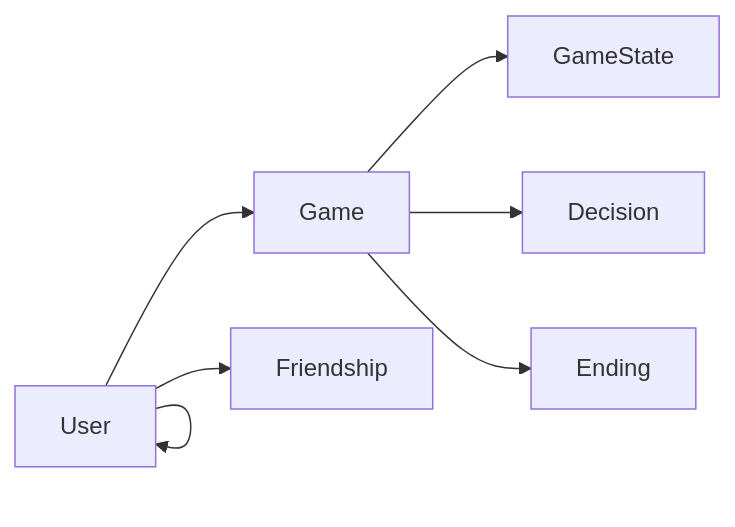
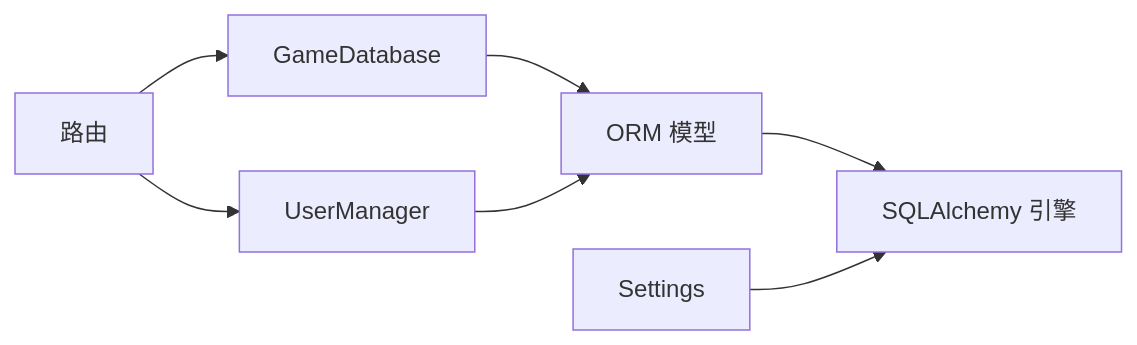
The eighth of 8 diagrams in .qoder/repowiki/zh/content/数据库设计.md (cc-chen-tech/LifeDraft), drawn with Mermaid before and after one commit. The commit also changed other lines of this file and 194 other files, not shown here.

````diff
--- a/.qoder/repowiki/zh/content/数据库设计.md
+++ b/.qoder/repowiki/zh/content/数据库设计.md
@@ -267,9 +488,9 @@
 ```mermaid
 graph LR
-User["User"] --> Game["Game"]
-Game --> GameState["GameState"]
-Game --> Decision["Decision"]
-Game --> Ending["Ending"]
-User --> Friendship["Friendship"]
-User --> User
+API["路由"] --> DB["GameDatabase"]
+API --> UM["UserManager"]
+DB --> Models["ORM 模型"]
+UM --> Models
+Models --> Engine["SQLAlchemy 引擎"]
+Settings --> Engine
 ```
````
